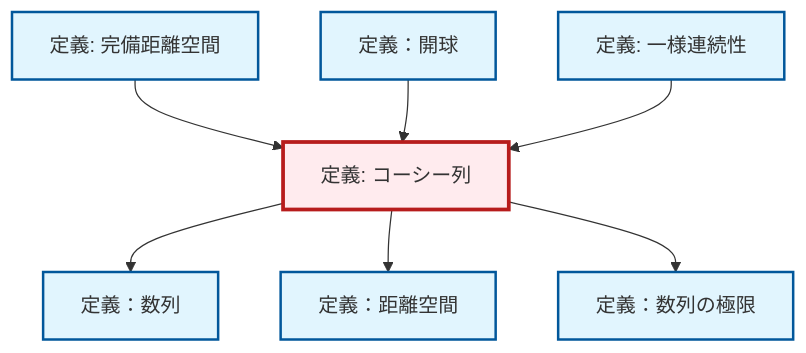
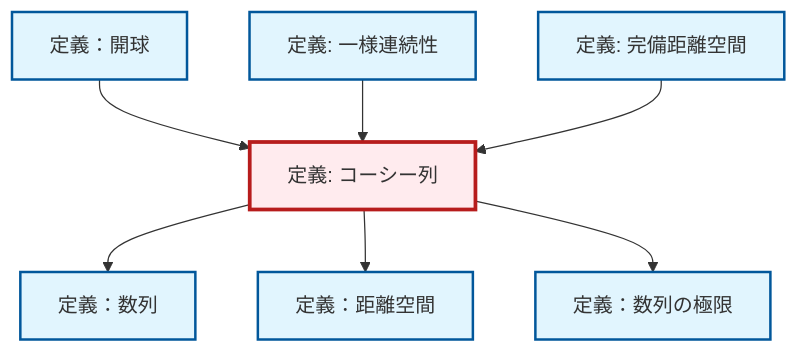
One commit to RK0429/ModernMath changed the diagram in content/ja/analysis/def-cauchy-sequence.qmd. Above: the diagram before and after it, drawn with Mermaid. The commit also changed other lines of this file and 1012 other files, not shown here.

````diff
--- a/content/ja/analysis/def-cauchy-sequence.qmd
+++ b/content/ja/analysis/def-cauchy-sequence.qmd
@@ -89,29 +89,29 @@
 ```{mermaid}
 %%| fig-cap: "Local dependency graph"
 graph TD
     classDef definition fill:#e1f5fe,stroke:#01579b,stroke-width:2px
     classDef theorem fill:#f3e5f5,stroke:#4a148c,stroke-width:2px
     classDef axiom fill:#fff3e0,stroke:#e65100,stroke-width:2px
     classDef example fill:#e8f5e9,stroke:#1b5e20,stroke-width:2px
     classDef current fill:#ffebee,stroke:#b71c1c,stroke-width:3px
     def-limit["定義：数列の極限"]:::definition
+    def-open-ball["定義：開球"]:::definition
+    def-metric-space["定義：距離空間"]:::definition
+    def-complete-metric-space["定義: 完備距離空間"]:::definition
     def-uniform-continuity["定義: 一様連続性"]:::definition
     def-sequence["定義：数列"]:::definition
     def-cauchy-sequence["定義: コーシー列"]:::definition
-    def-metric-space["定義：距離空間"]:::definition
-    def-complete-metric-space["定義: 完備距離空間"]:::definition
-    def-open-ball["定義：開球"]:::definition
-    def-cauchy-sequence --> def-sequence
-    def-complete-metric-space --> def-cauchy-sequence
-    def-cauchy-sequence --> def-metric-space
     def-open-ball --> def-cauchy-sequence
     def-uniform-continuity --> def-cauchy-sequence
+    def-cauchy-sequence --> def-sequence
+    def-cauchy-sequence --> def-metric-space
+    def-complete-metric-space --> def-cauchy-sequence
     def-cauchy-sequence --> def-limit
     class def-cauchy-sequence current
     click def-limit "def-limit.html" "定義：数列の極限へ"
+    click def-open-ball "def-open-ball.html" "定義：開球へ"
+    click def-metric-space "def-metric-space.html" "定義：距離空間へ"
+    click def-complete-metric-space "def-complete-metric-space.html" "完備距離空間の定義へ"
     click def-uniform-continuity "def-uniform-continuity.html" "一様連続性の定義へ"
     click def-sequence "def-sequence.html" "定義：数列へ"
-    click def-metric-space "def-metric-space.html" "定義：距離空間へ"
-    click def-complete-metric-space "def-complete-metric-space.html" "完備距離空間の定義へ"
-    click def-open-ball "def-open-ball.html" "定義：開球へ"
 ```
````
